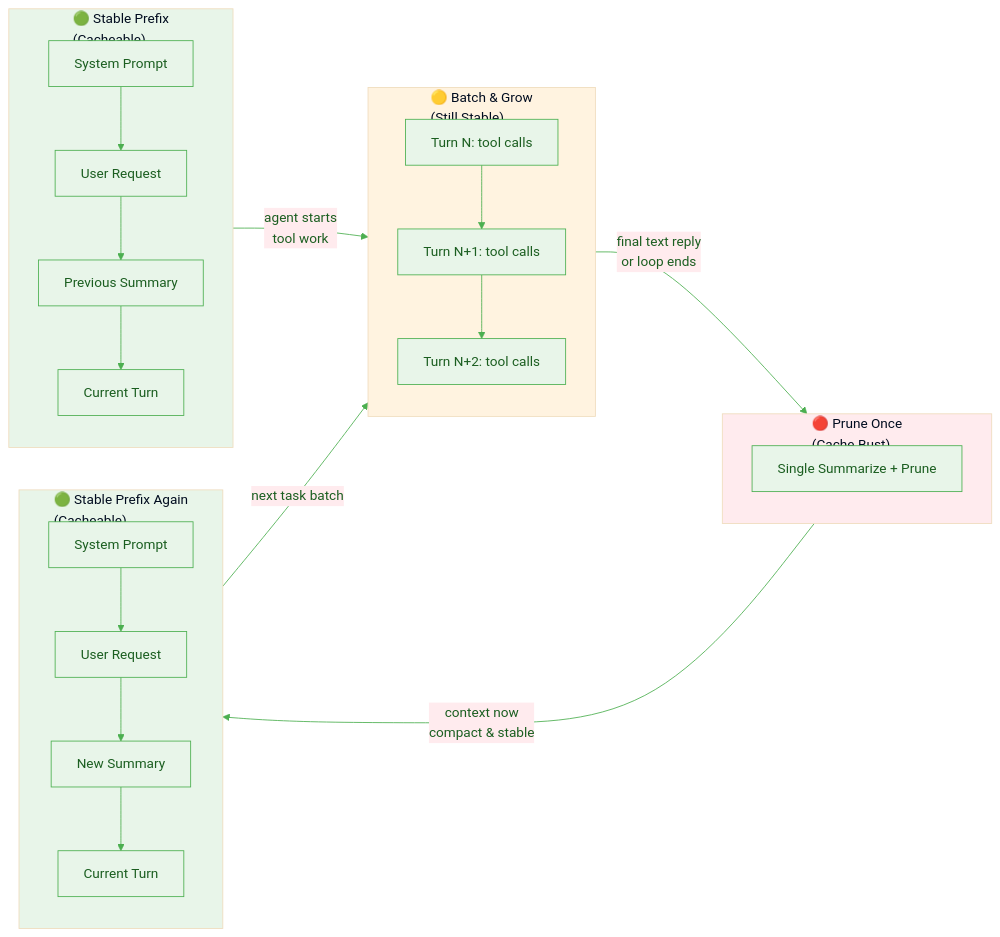
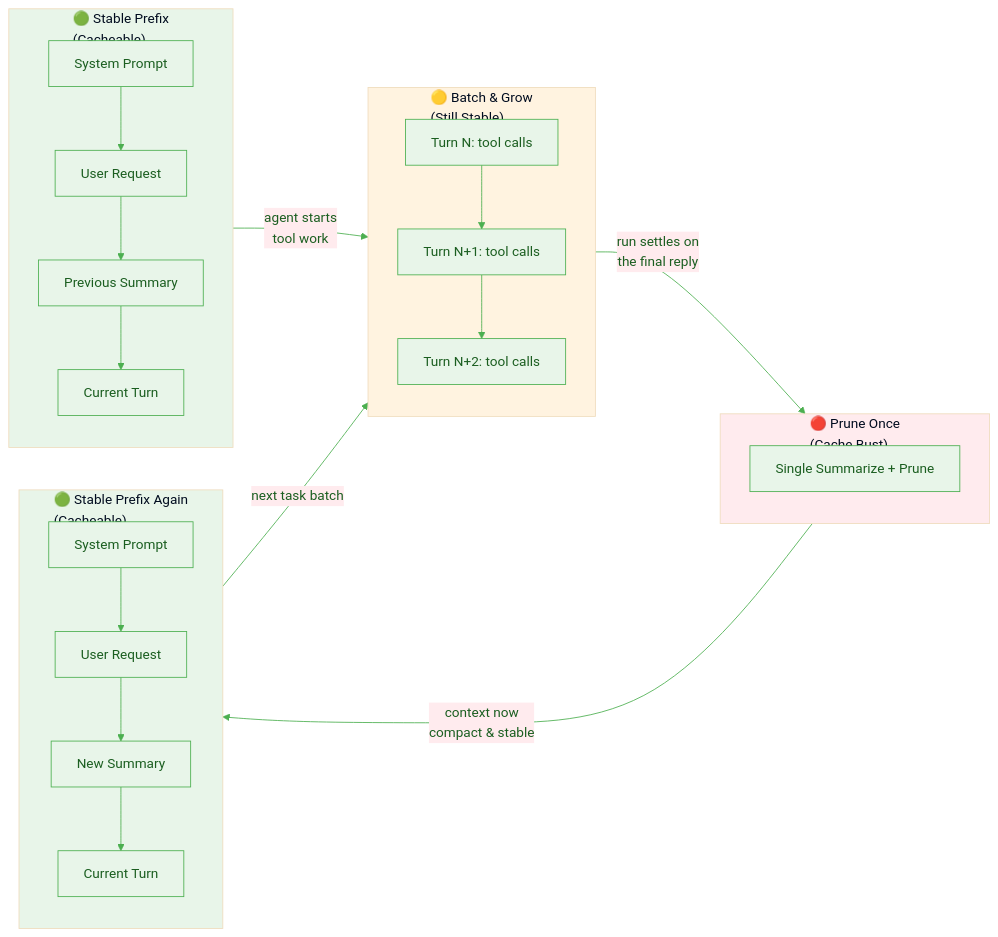
One commit to jjuraszek/pi-condense changed the second of 2 diagrams in PRUNING.md. Above: the diagram before and after it, drawn with Mermaid. The commit also changed other lines of this file and 14 other files, not shown here.

First line of the commit message:
Run the final flush after the run settles, not inside it (#38)

````diff
--- a/PRUNING.md
+++ b/PRUNING.md
@@ -527,40 +527,40 @@
 ```mermaid
 %%{init: {'theme': 'base', 'themeVariables': { 'primaryColor': '#e8f5e9', 'primaryTextColor': '#1b5e20', 'primaryBorderColor': '#4caf50', 'lineColor': '#4caf50', 'secondaryColor': '#ffebee', 'tertiaryColor': '#fff3e0'}}}%%
 
 graph LR
     subgraph Phase1["🟢 Stable Prefix<br/>(Cacheable)"]
         direction TB
         S1["System Prompt"] --> U1["User Request"]
         U1 --> P1["Previous Summary"]
         P1 --> C1["Current Turn"]
     end
 
     subgraph Phase2["🟡 Batch & Grow<br/>(Still Stable)"]
         direction TB
         B1["Turn N: tool calls"]
         B2["Turn N+1: tool calls"]
         B3["Turn N+2: tool calls"]
         B1 --> B2 --> B3
     end
 
     subgraph Phase3["🔴 Prune Once<br/>(Cache Bust)"]
         P["Single Summarize + Prune"]
     end
 
     subgraph Phase4["🟢 Stable Prefix Again<br/>(Cacheable)"]
         direction TB
         S2["System Prompt"] --> U2["User Request"]
         U2 --> P2["New Summary"]
         P2 --> C2["Current Turn"]
     end
 
     Phase1 -->|"agent starts<br/>tool work"| Phase2
-    Phase2 -->|"final text reply<br/>or loop ends"| Phase3
+    Phase2 -->|"run settles on<br/>the final reply"| Phase3
     Phase3 -->|"context now<br/>compact & stable"| Phase4
     Phase4 -->|"next task batch"| Phase2
 
     style Phase1 fill:#e8f5e9
     style Phase2 fill:#fff3e0
     style Phase3 fill:#ffebee
     style Phase4 fill:#e8f5e9
 ```
````
